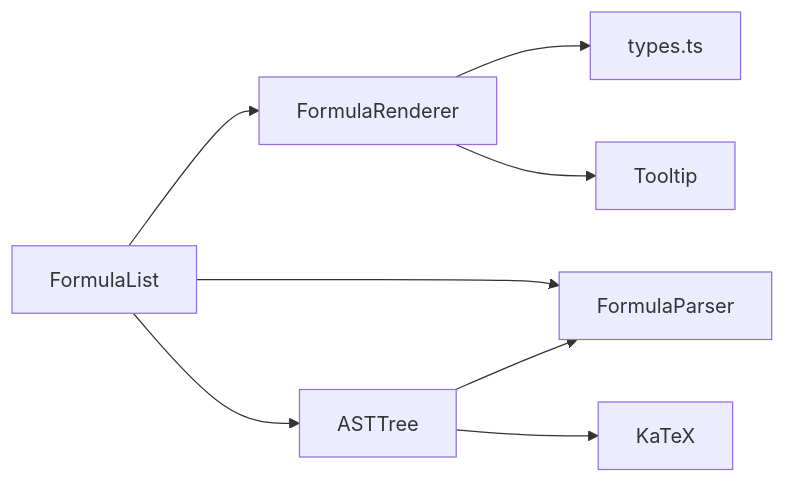
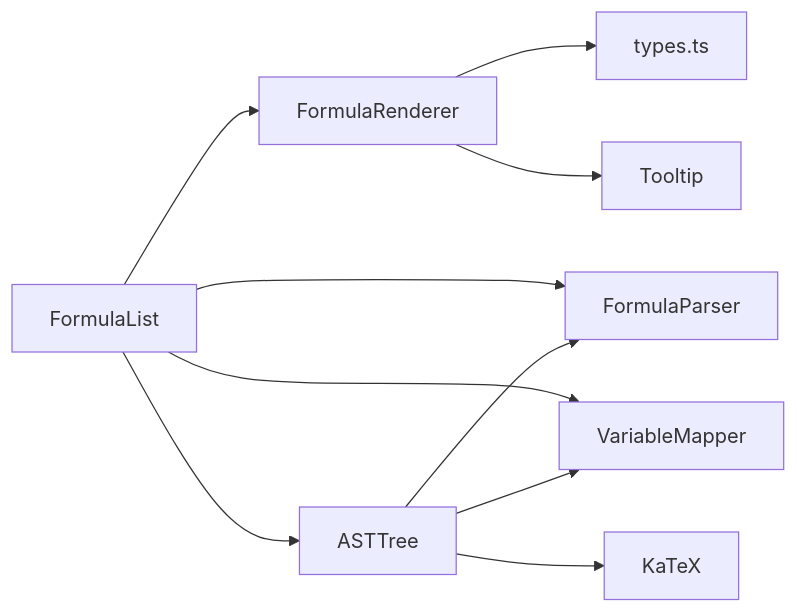
Before and after one commit to steveyu2/formula-mapper: the seventh of 7 diagrams in .qoder/repowiki/zh/content/用户指南/可视化展示/公式渲染.md, drawn with Mermaid. The commit also changed other lines of this file and 4 other files, not shown here.

````diff
--- a/.qoder/repowiki/zh/content/用户指南/可视化展示/公式渲染.md
+++ b/.qoder/repowiki/zh/content/用户指南/可视化展示/公式渲染.md
@@ -298,10 +333,12 @@
 ```mermaid
 graph LR
 FR["FormulaRenderer"] --> TYPES["types.ts"]
 FL["FormulaList"] --> FR
 FL --> AST["ASTTree"]
 FL --> PARSER["FormulaParser"]
+FL --> MAPPER["VariableMapper"]
 AST --> PARSER
+AST --> MAPPER
 AST --> K["KaTeX"]
 FR --> TIP["Tooltip"]
 ```
````
